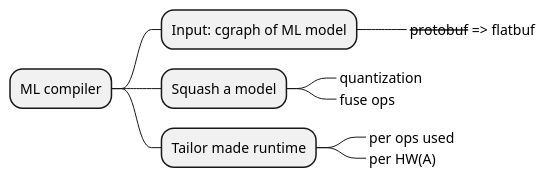
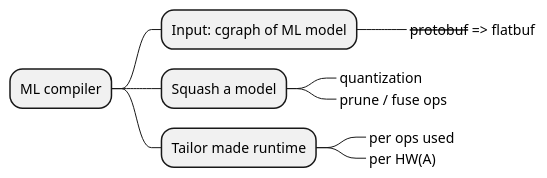
Before and after one commit to doyu/elc2019: the diagram in summary-mlcompiler.puml, drawn with PlantUML. The commit also changed 2 other files, not shown here.

Commit message:
add 'prune' in addition to 'fuse'

```diff
--- a/summary-mlcompiler.puml
+++ b/summary-mlcompiler.puml
@@ -1,11 +1,11 @@
 @startmindmap
 * ML compiler
 ** Input: cgraph of ML model
 ***_ <s>protobuf</s> => flatbuf
 ** Squash a model
 ***_ quantization
-***_ fuse ops
+***_ prune / fuse ops
 ** Tailor made runtime
 ***_ per ops used
 ***_ per HW(A)
 @endmindmap
```
